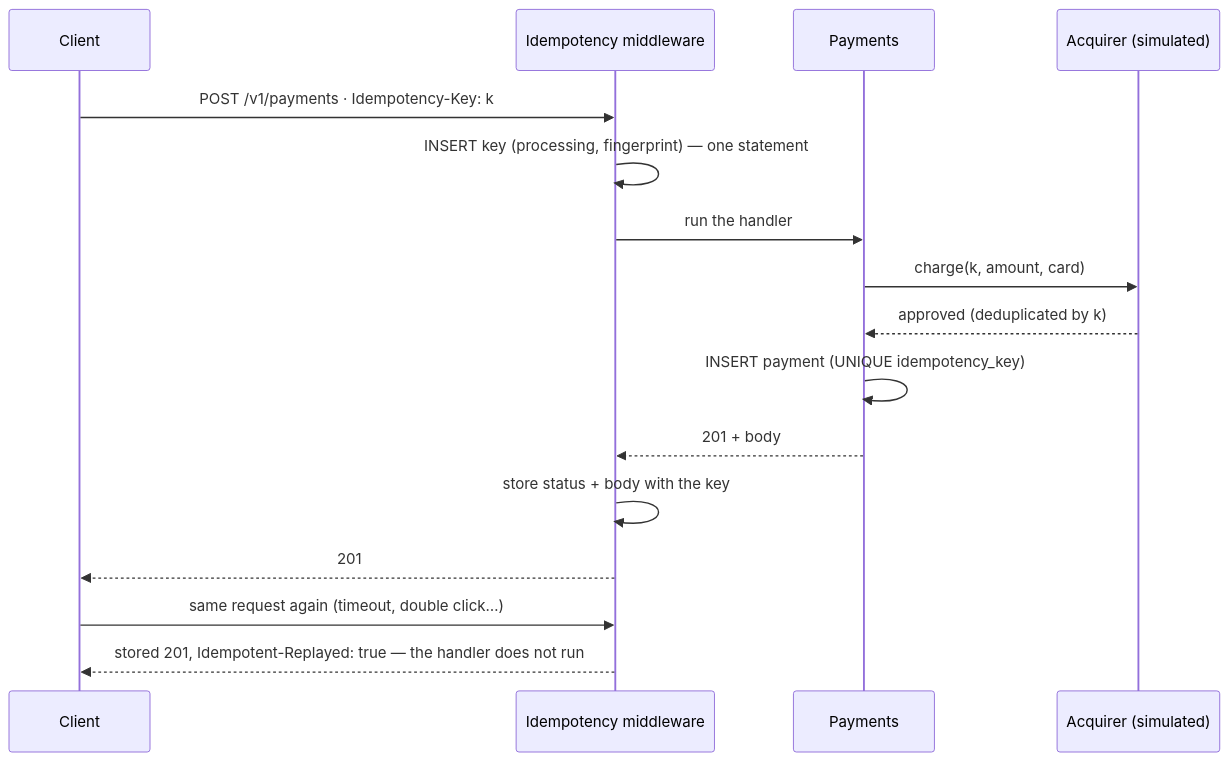
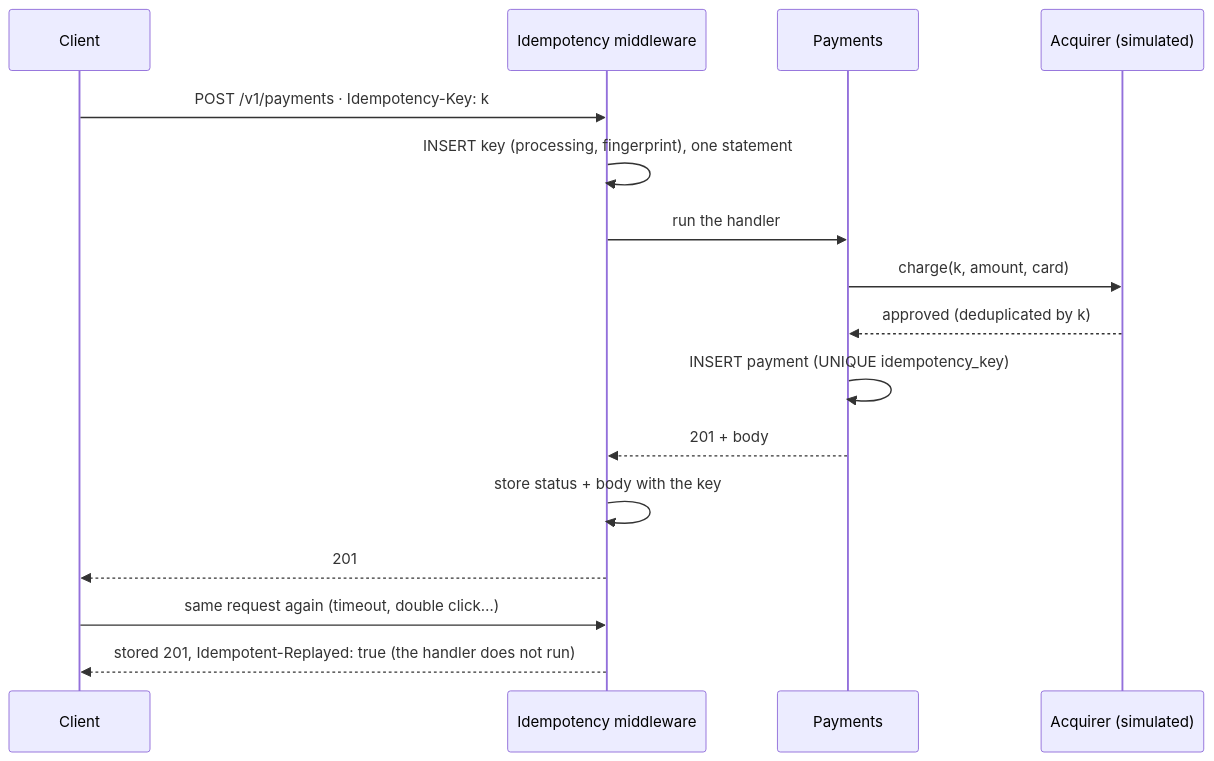
One commit to edybackend/payments-idempotency changed the diagram in README.md. Above: the diagram before and after it, drawn with Mermaid. The commit also changed other lines of this file and 1 other file, not shown here.

````diff
--- a/README.md
+++ b/README.md
@@ -51,18 +49,18 @@
 ```mermaid
 sequenceDiagram
     participant C as Client
     participant M as Idempotency middleware
     participant P as Payments
     participant A as Acquirer (simulated)
     C->>M: POST /v1/payments · Idempotency-Key: k
-    M->>M: INSERT key (processing, fingerprint) — one statement
+    M->>M: INSERT key (processing, fingerprint), one statement
     M->>P: run the handler
     P->>A: charge(k, amount, card)
     A-->>P: approved (deduplicated by k)
     P->>P: INSERT payment (UNIQUE idempotency_key)
     P-->>M: 201 + body
     M->>M: store status + body with the key
     M-->>C: 201
     C->>M: same request again (timeout, double click…)
-    M-->>C: stored 201, Idempotent-Replayed: true — the handler does not run
+    M-->>C: stored 201, Idempotent-Replayed: true (the handler does not run)
 ```
````
